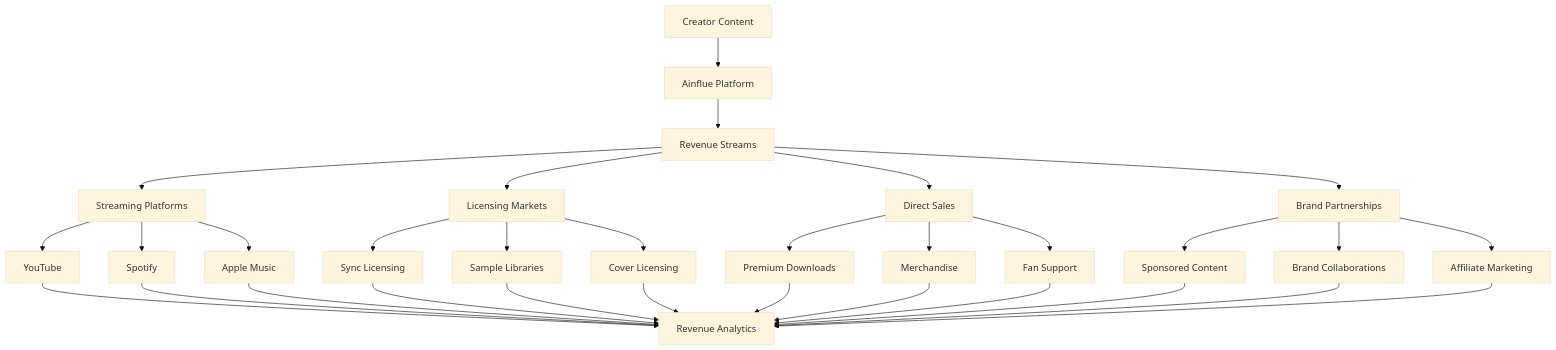
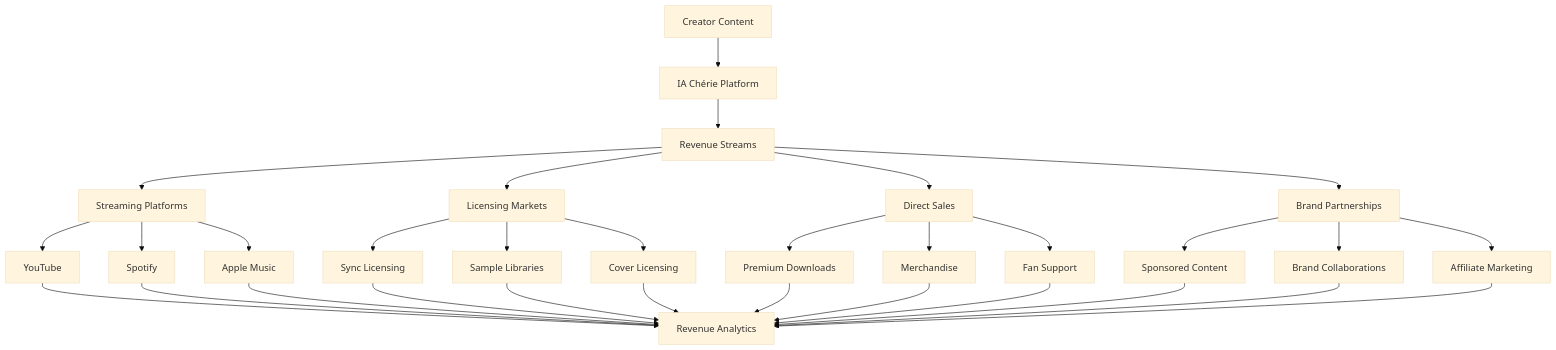
The diagram in docs/user/MONETIZATION_GUIDE.md (Mlaiel/iacherie), drawn with Mermaid (base theme) before and after one commit. The commit also changed other lines of this file and 13027 other files, not shown here.

First line of the commit message:
🚀 IA Chérie Platform Complete Migration & API Configuration

````diff
--- a/docs/user/MONETIZATION_GUIDE.md
+++ b/docs/user/MONETIZATION_GUIDE.md
@@ -47,38 +47,38 @@
 ```mermaid
 graph TD
-    A[Creator Content] --> B[Ainflue Platform]
+    A[Creator Content] --> B[IA Chérie Platform]
     B --> C[Revenue Streams]
     C --> D[Streaming Platforms]
     C --> E[Licensing Markets]
     C --> F[Direct Sales]
     C --> G[Brand Partnerships]
     
     D --> H[YouTube]
     D --> I[Spotify]
     D --> J[Apple Music]
     
     E --> K[Sync Licensing]
     E --> L[Sample Libraries]
     E --> M[Cover Licensing]
     
     F --> N[Premium Downloads]
     F --> O[Merchandise]
     F --> P[Fan Support]
     
     G --> Q[Sponsored Content]
     G --> R[Brand Collaborations]
     G --> S[Affiliate Marketing]
     
     H --> T[Revenue Analytics]
     I --> T
     J --> T
     K --> T
     L --> T
     M --> T
     N --> T
     O --> T
     P --> T
     Q --> T
     R --> T
     S --> T
 ```
````
